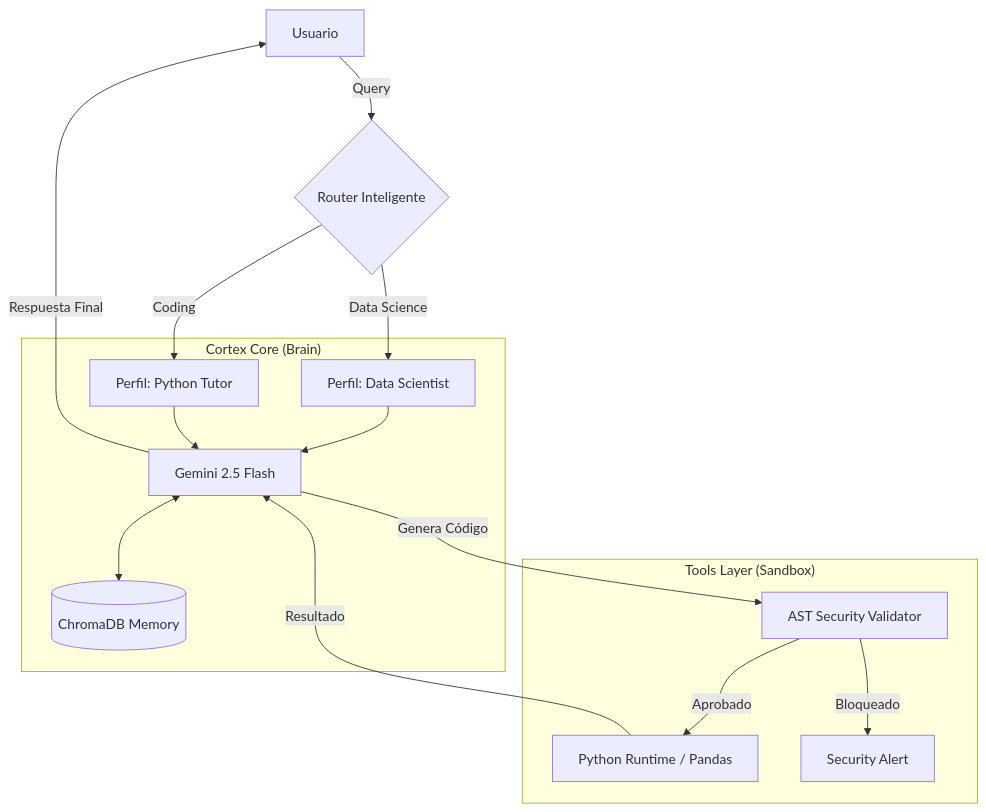
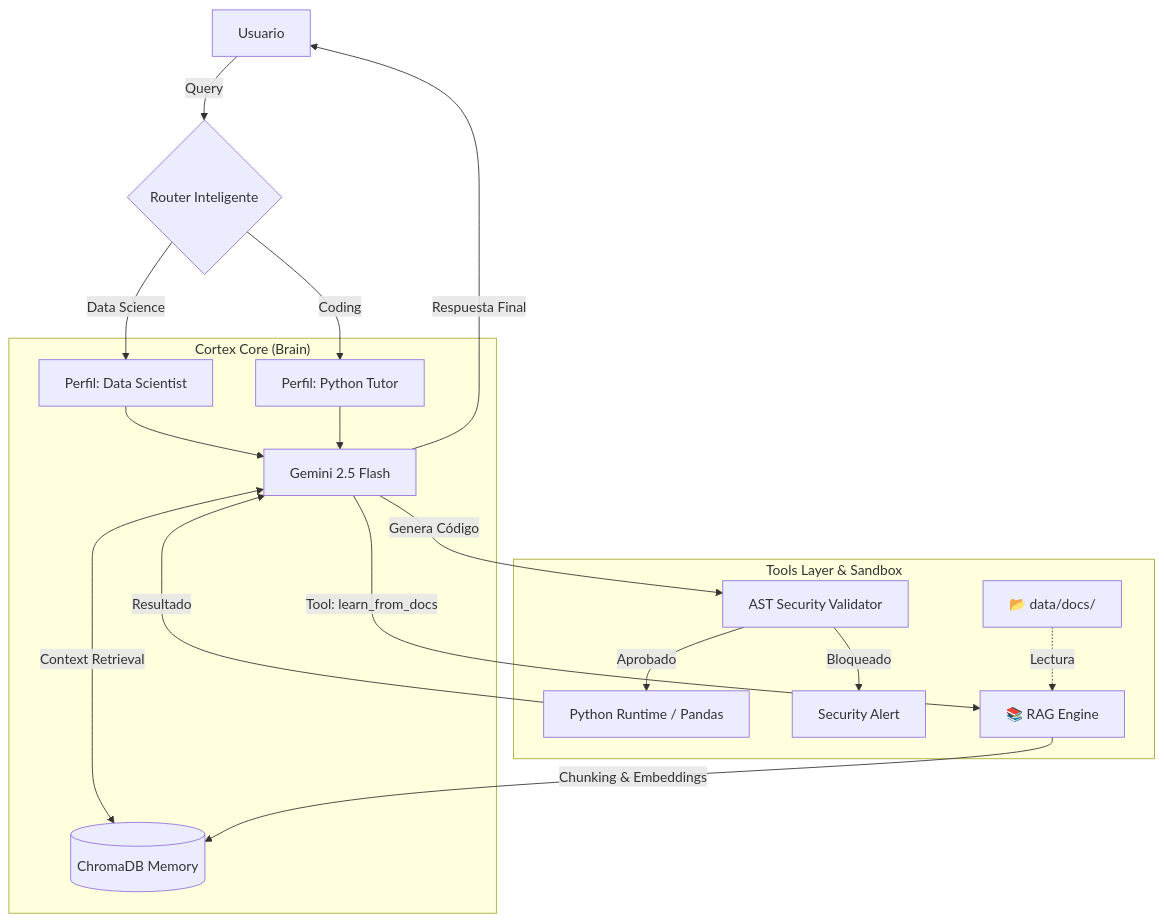
The diagram in README.md (LeandroGui/autonomous-agentic-system), drawn with Mermaid before and after one commit.

````diff
--- a/README.md
+++ b/README.md
@@ -44,20 +44,26 @@
 ```mermaid
 graph TD
     User[Usuario] -->|Query| Router{Router Inteligente}
     Router -->|Data Science| PersonaDS[Perfil: Data Scientist]
     Router -->|Coding| PersonaDev[Perfil: Python Tutor]
     
     subgraph "Cortex Core (Brain)"
         PersonaDS & PersonaDev --> Brain[Gemini 2.5 Flash]
-        Brain <--> Memory[(ChromaDB Memory)]
+        Brain <-->|Context Retrieval| Memory[(ChromaDB Memory)]
     end
     
-    subgraph "Tools Layer (Sandbox)"
+    subgraph "Tools Layer & Sandbox"
+        %% Ejecución de Código
         Brain -->|Genera Código| Validator[AST Security Validator]
         Validator -->|Aprobado| Exec[Python Runtime / Pandas]
         Validator -->|Bloqueado| Error[Security Alert]
+        
+        %% Lógica RAG
+        Brain -->|Tool: learn_from_docs| RAG[📚 RAG Engine]
+        LocalDocs[📂 data/docs/] -.->|Lectura| RAG
+        RAG -->|Chunking & Embeddings| Memory
     end
     
     Exec -->|Resultado| Brain
     Brain -->|Respuesta Final| User
 ```
````
